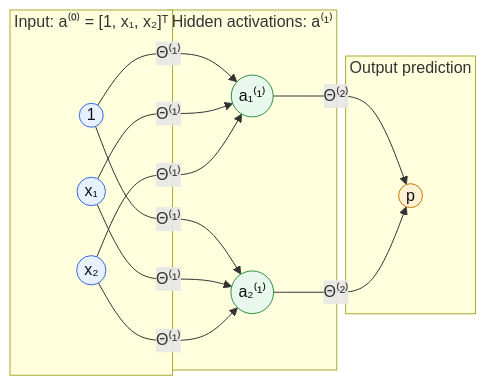
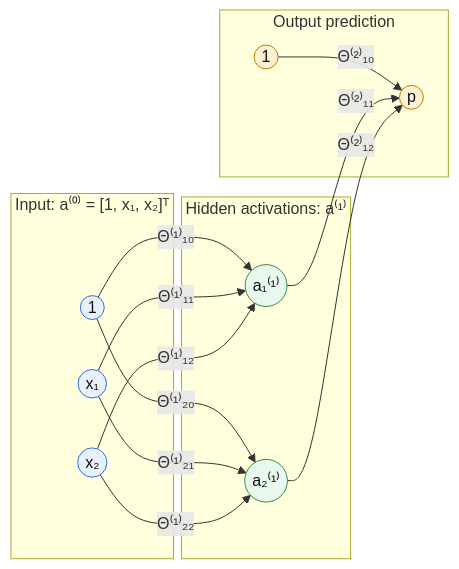
The first of 2 diagrams in README.md (weifengsiew/neural-networks-from-scratch), drawn with Mermaid before and after one commit. The commit also changed other lines of this file, not shown here.

Commit message:
Label individual network connection weights

````diff
--- a/README.md
+++ b/README.md
@@ -69,31 +69,33 @@
 ```mermaid
 flowchart LR
     subgraph input["Input: a⁽⁰⁾ = [1, x₁, x₂]ᵀ"]
         b0((1))
         x1((x₁))
         x2((x₂))
     end
     subgraph hidden["Hidden activations: a⁽¹⁾"]
         h1((a₁⁽¹⁾))
         h2((a₂⁽¹⁾))
     end
     subgraph output["Output prediction"]
+        b2((1))
         o((p))
     end
 
-    b0 -->|Θ⁽¹⁾| h1
-    b0 -->|Θ⁽¹⁾| h2
-    x1 -->|Θ⁽¹⁾| h1
-    x1 -->|Θ⁽¹⁾| h2
-    x2 -->|Θ⁽¹⁾| h1
-    x2 -->|Θ⁽¹⁾| h2
-    h1 -->|Θ⁽²⁾| o
-    h2 -->|Θ⁽²⁾| o
+    b0 -->|Θ⁽¹⁾₁₀| h1
+    b0 -->|Θ⁽¹⁾₂₀| h2
+    x1 -->|Θ⁽¹⁾₁₁| h1
+    x1 -->|Θ⁽¹⁾₂₁| h2
+    x2 -->|Θ⁽¹⁾₁₂| h1
+    x2 -->|Θ⁽¹⁾₂₂| h2
+    b2 -->|Θ⁽²⁾₁₀| o
+    h1 -->|Θ⁽²⁾₁₁| o
+    h2 -->|Θ⁽²⁾₁₂| o
 
     classDef input fill:#e8f1ff,stroke:#356ae6,color:#111;
     classDef hidden fill:#e9f8ed,stroke:#2f8f46,color:#111;
     classDef output fill:#fff1d6,stroke:#c77b00,color:#111;
     class x1,x2,b0 input;
     class h1,h2 hidden;
-    class o output;
+    class o,b2 output;
 ```
````
